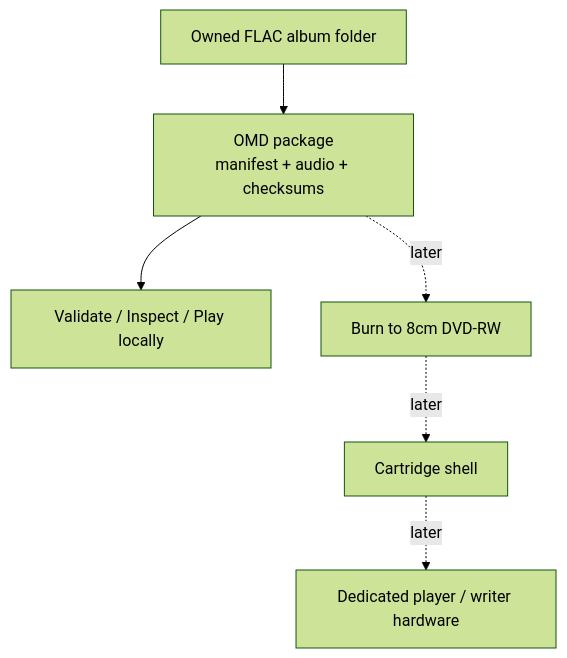
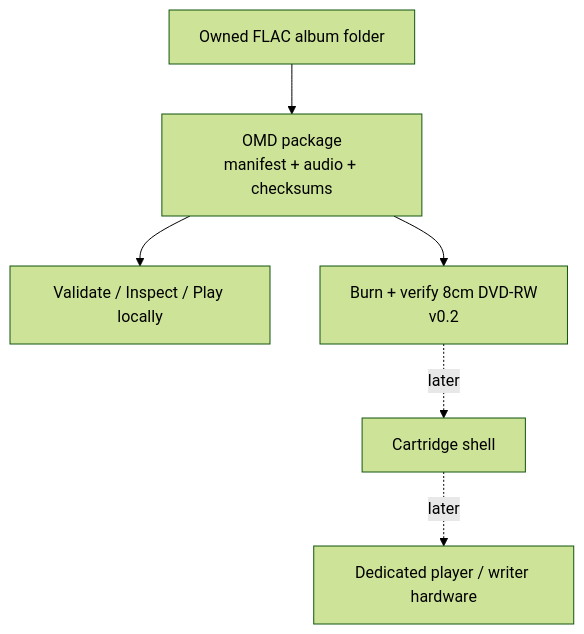
The diagram in documentation/what-is-omd.md (ashergarland/open-media-disc), drawn with Mermaid (forest theme) before and after one commit. The commit also changed other lines of this file and 4 other files, not shown here.

First line of the commit message:
spec: define UDF disc image, burn, and verify for v0.2

````diff
--- a/documentation/what-is-omd.md
+++ b/documentation/what-is-omd.md
@@ -28,8 +28,8 @@
 ```mermaid
 flowchart TB
     A[Owned FLAC album folder] --> B[OMD package<br/>manifest + audio + checksums]
     B --> C[Validate / Inspect / Play locally]
-    B -. later .-> D[Burn to 8cm DVD-RW]
+    B --> D[Burn + verify 8cm DVD-RW<br/>v0.2]
     D -. later .-> E[Cartridge shell]
     E -. later .-> F[Dedicated player / writer hardware]
 ```
````
